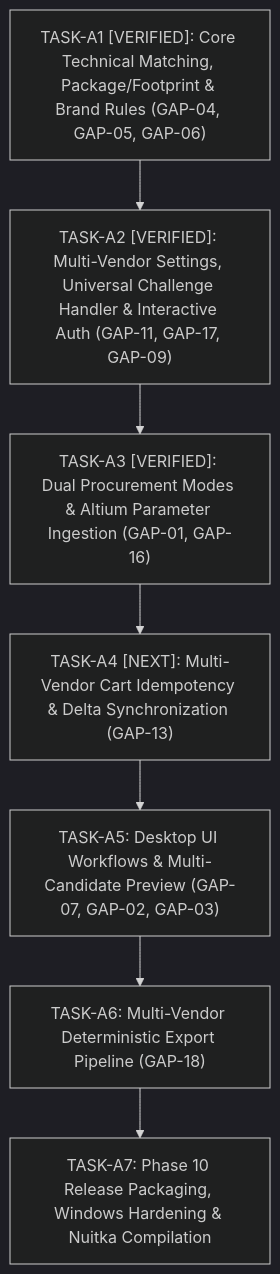
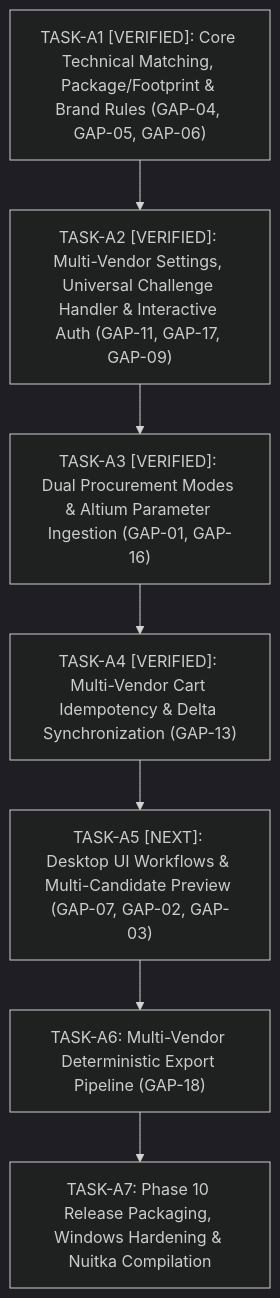
Before and after one commit to AminDenizer/Omnix: the diagram in docs/PRODUCT/CANONICAL_GAP_REGISTRY.md, drawn with Mermaid (dark theme). The commit also changed other lines of this file and 2 other files, not shown here.

Commit message:
docs(gap-13): update canonical gap registry, gap analysis, and implementation roadmap for GAP-13

````diff
--- a/docs/PRODUCT/CANONICAL_GAP_REGISTRY.md
+++ b/docs/PRODUCT/CANONICAL_GAP_REGISTRY.md
@@ -118,17 +122,17 @@
 ```mermaid
 flowchart TD
     A1["TASK-A1 [VERIFIED]: Core Technical Matching, Package/Footprint & Brand Rules (GAP-04, GAP-05, GAP-06)"]
     A2["TASK-A2 [VERIFIED]: Multi-Vendor Settings, Universal Challenge Handler & Interactive Auth (GAP-11, GAP-17, GAP-09)"]
     A3["TASK-A3 [VERIFIED]: Dual Procurement Modes & Altium Parameter Ingestion (GAP-01, GAP-16)"]
-    A4["TASK-A4 [NEXT]: Multi-Vendor Cart Idempotency & Delta Synchronization (GAP-13)"]
-    A5["TASK-A5: Desktop UI Workflows & Multi-Candidate Preview (GAP-07, GAP-02, GAP-03)"]
+    A4["TASK-A4 [VERIFIED]: Multi-Vendor Cart Idempotency & Delta Synchronization (GAP-13)"]
+    A5["TASK-A5 [NEXT]: Desktop UI Workflows & Multi-Candidate Preview (GAP-07, GAP-02, GAP-03)"]
     A6["TASK-A6: Multi-Vendor Deterministic Export Pipeline (GAP-18)"]
     A7["TASK-A7: Phase 10 Release Packaging, Windows Hardening & Nuitka Compilation"]
 
     A1 --> A2
     A2 --> A3
     A3 --> A4
     A4 --> A5
     A5 --> A6
     A6 --> A7
 ```
````
